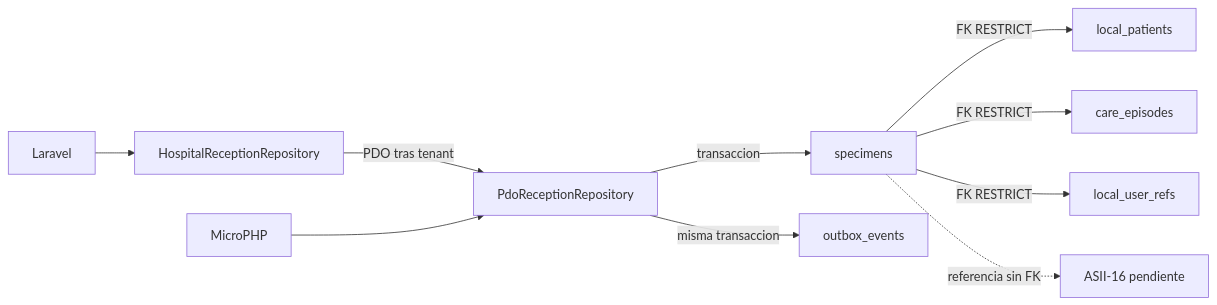
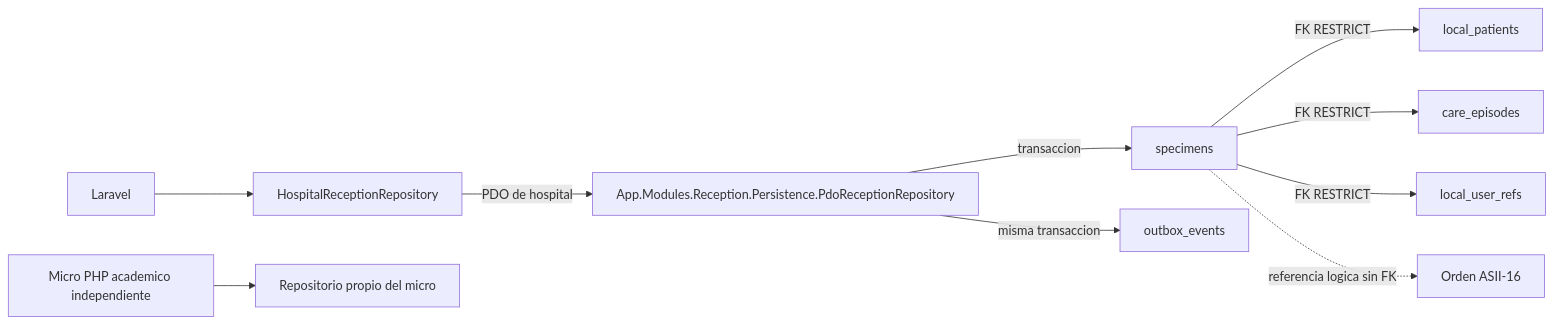
Before and after one commit to AxelHerrera11/sistema-hospitalario-integrado: the diagram in docs/recepcion-muestras/semana-05/fuentes/persistencia.mmd, drawn with Mermaid. The commit also changed 6 other files, not shown here.

```diff
--- a/docs/recepcion-muestras/semana-05/fuentes/persistencia.mmd
+++ b/docs/recepcion-muestras/semana-05/fuentes/persistencia.mmd
@@ -1,10 +1,10 @@
 flowchart LR
   Laravel --> HospitalReceptionRepository
-  HospitalReceptionRepository -->|PDO tras tenant| PdoReceptionRepository
-  MicroPHP --> PdoReceptionRepository
-  PdoReceptionRepository -->|transaccion| specimens
-  PdoReceptionRepository -->|misma transaccion| outbox_events
+  HospitalReceptionRepository -->|PDO de hospital| PDO[App.Modules.Reception.Persistence.PdoReceptionRepository]
+  PDO -->|transaccion| specimens
+  PDO -->|misma transaccion| outbox_events
   specimens -->|FK RESTRICT| local_patients
   specimens -->|FK RESTRICT| care_episodes
   specimens -->|FK RESTRICT| local_user_refs
-  specimens -. referencia sin FK .-> ASII16[ASII-16 pendiente]
+  specimens -. referencia logica sin FK .-> ASII16[Orden ASII-16]
+  MicroPHP[Micro PHP academico independiente] --> MicroPDO[Repositorio propio del micro]
```
